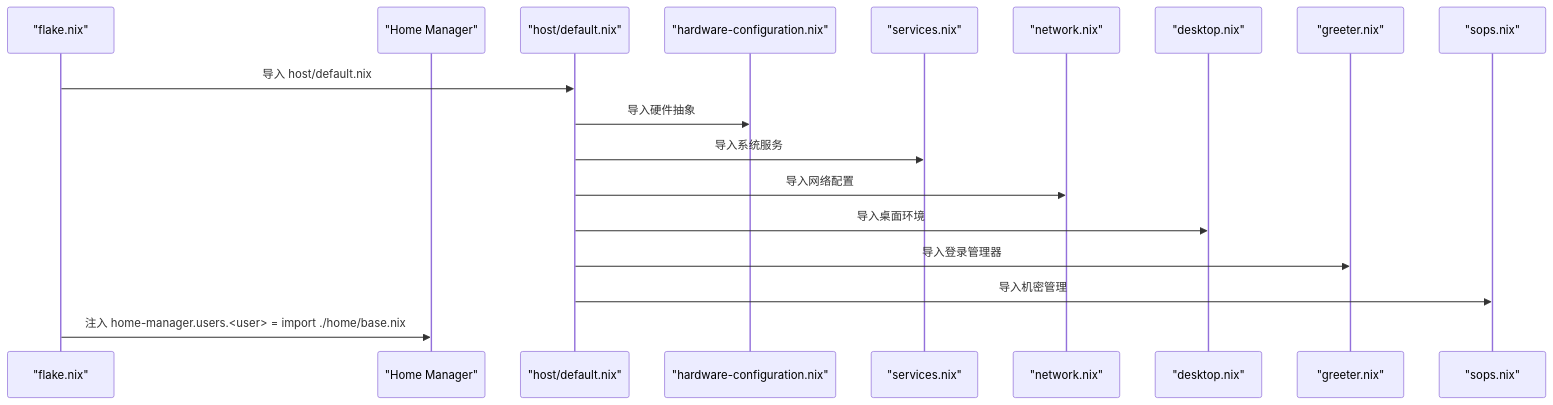
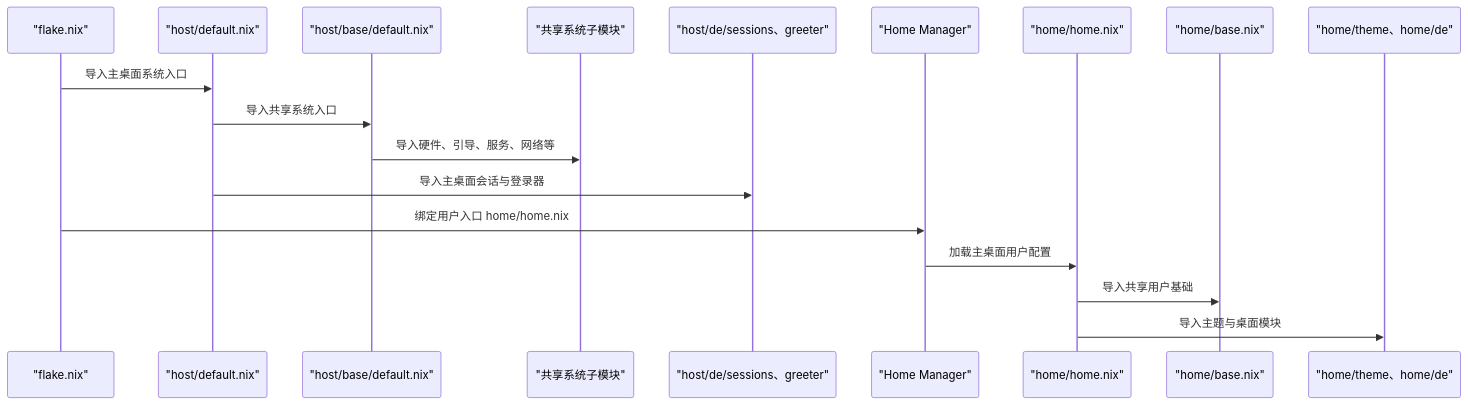
The second of 3 diagrams in wiki/architecture/index.md (Shangshui0302/myNixOSConfig), drawn with Mermaid before and after one commit. The commit also changed other lines of this file and 2 other files, not shown here.

Commit message:
docs(architecture): align module graphs with current entry points

````diff
--- a/wiki/architecture/index.md
+++ b/wiki/architecture/index.md
@@ -64,20 +72,20 @@
 ```mermaid
 sequenceDiagram
 participant FL as "flake.nix"
+participant HD as "host/default.nix"
+participant HB as "host/base/default.nix"
+participant BC as "共享系统子模块"
+participant DE as "host/de/sessions、greeter"
 participant HM as "Home Manager"
-participant HD as "host/default.nix"
-participant HW as "hardware-configuration.nix"
-participant SV as "services.nix"
-participant NW as "network.nix"
-participant DS as "desktop.nix"
-participant GR as "greeter.nix"
-participant SP as "sops.nix"
-FL->>HD : 导入 host/default.nix
-HD->>HW : 导入硬件抽象
-HD->>SV : 导入系统服务
-HD->>NW : 导入网络配置
-HD->>DS : 导入桌面环境
-HD->>GR : 导入登录管理器
-HD->>SP : 导入机密管理
-FL->>HM : 注入 home-manager.users.<user> = import ./home/base.nix
+participant HH as "home/home.nix"
+participant UB as "home/base.nix"
+participant UD as "home/theme、home/de"
+FL->>HD : 导入主桌面系统入口
+HD->>HB : 导入共享系统入口
+HB->>BC : 导入硬件、引导、服务、网络等
+HD->>DE : 导入主桌面会话与登录器
+FL->>HM : 绑定用户入口 home/home.nix
+HM->>HH : 加载主桌面用户配置
+HH->>UB : 导入共享用户基础
+HH->>UD : 导入主题与桌面模块
 ```
````
